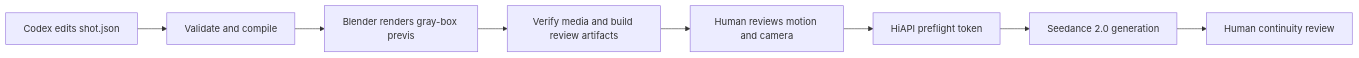
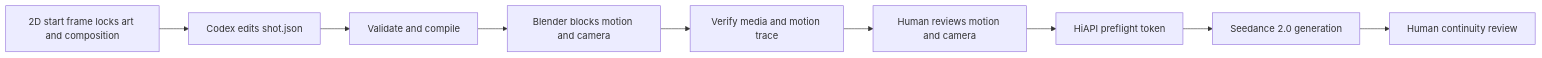
Before and after one commit to HiAPIAI/awesome-codex-blender-seedance-workflows: the diagram in README.md, drawn with Mermaid. The commit also changed other lines of this file and 14 other files, not shown here.

````diff
--- a/README.md
+++ b/README.md
@@ -11,10 +11,11 @@
 ```mermaid
 flowchart LR
-  A["Codex edits shot.json"] --> B["Validate and compile"]
-  B --> C["Blender renders gray-box previs"]
-  C --> R["Verify media and build review artifacts"]
-  R --> D["Human reviews motion and camera"]
-  D --> E["HiAPI preflight token"]
-  E --> F["Seedance 2.0 generation"]
-  F --> G["Human continuity review"]
+  A["2D start frame locks art and composition"] --> B["Codex edits shot.json"]
+  B --> C["Validate and compile"]
+  C --> D["Blender blocks motion and camera"]
+  D --> R["Verify media and motion trace"]
+  R --> E["Human reviews motion and camera"]
+  E --> F["HiAPI preflight token"]
+  F --> G["Seedance 2.0 generation"]
+  G --> H["Human continuity review"]
 ```
````
